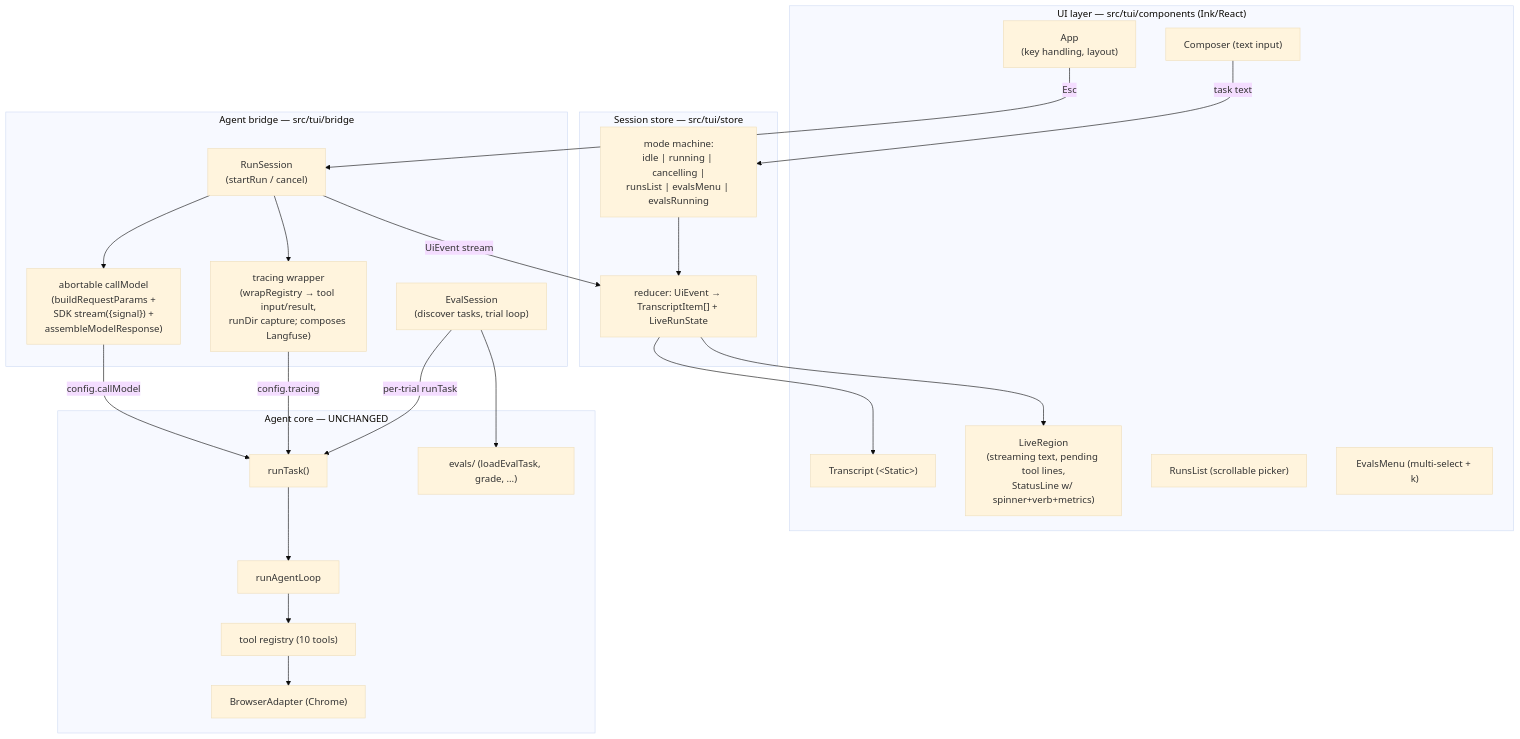
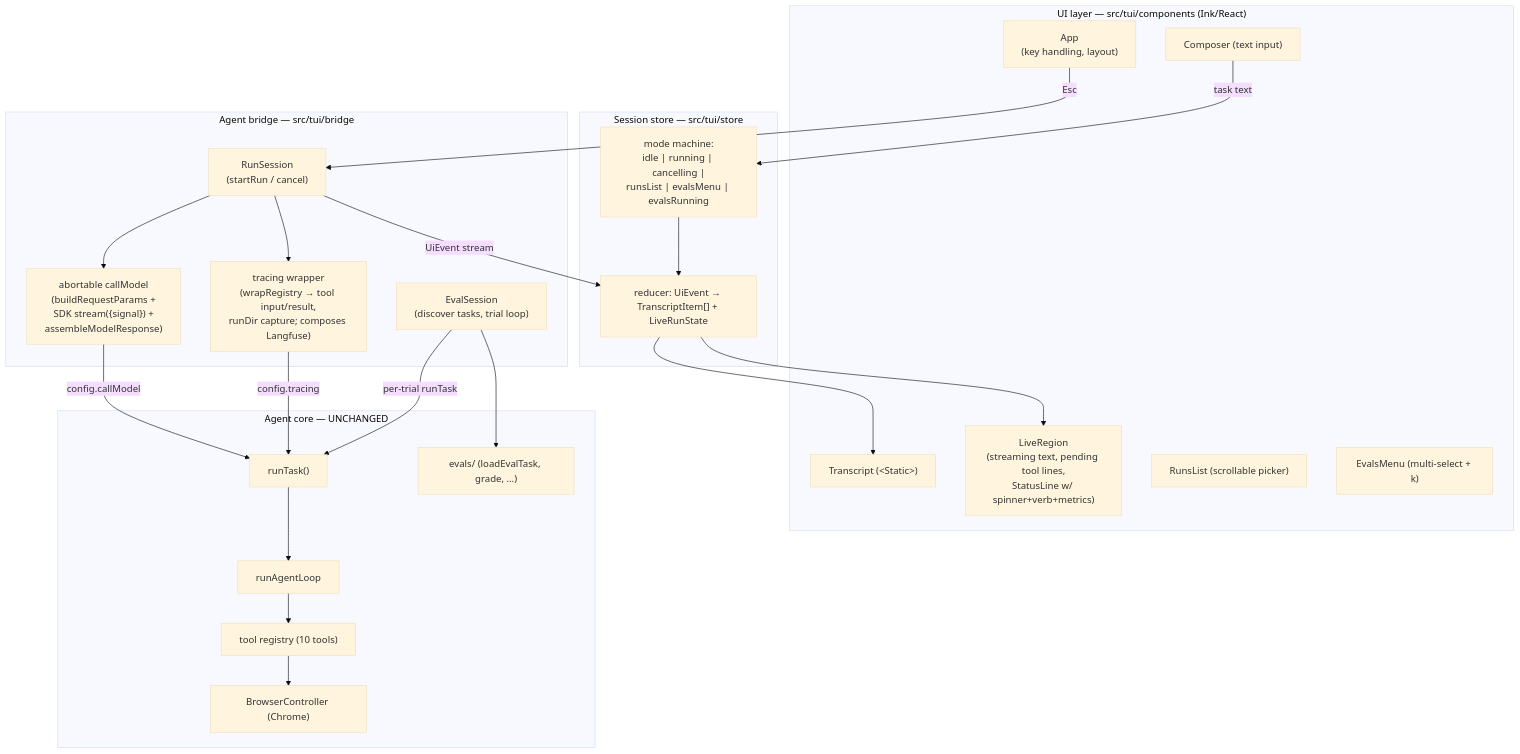
The first of 2 diagrams in .agents/planning/2026-08-11-evidence-agent-tui/design/detailed-design.md (briosolivares/evidence-collection-agent), drawn with Mermaid (base theme) before and after one commit. The commit also changed other lines of this file and 55 other files, not shown here.

````diff
--- a/.agents/planning/2026-08-11-evidence-agent-tui/design/detailed-design.md
+++ b/.agents/planning/2026-08-11-evidence-agent-tui/design/detailed-design.md
@@ -45,42 +45,42 @@
 ```mermaid
 flowchart TB
     subgraph UI["UI layer — src/tui/components (Ink/React)"]
         APP["App<br/>(key handling, layout)"]
         TR["Transcript (&lt;Static&gt;)"]
         LIVE["LiveRegion<br/>(streaming text, pending tool lines,<br/>StatusLine w/ spinner+verb+metrics)"]
         COMP["Composer (text input)"]
         RUNS["RunsList (scrollable picker)"]
         EVALS["EvalsMenu (multi-select + k)"]
     end
 
     subgraph STORE["Session store — src/tui/store"]
         SM["mode machine:<br/>idle | running | cancelling |<br/>runsList | evalsMenu | evalsRunning"]
         RED["reducer: UiEvent → TranscriptItem[] + LiveRunState"]
     end
 
     subgraph BRIDGE["Agent bridge — src/tui/bridge"]
         RS["RunSession<br/>(startRun / cancel)"]
         CM["abortable callModel<br/>(buildRequestParams +<br/>SDK stream({signal}) +<br/>assembleModelResponse)"]
         TW["tracing wrapper<br/>(wrapRegistry → tool input/result,<br/>runDir capture; composes Langfuse)"]
         EV["EvalSession<br/>(discover tasks, trial loop)"]
     end
 
     subgraph CORE["Agent core — UNCHANGED"]
         RT["runTask()"]
         LOOP["runAgentLoop"]
         TOOLS["tool registry (10 tools)"]
-        BROW["BrowserAdapter (Chrome)"]
+        BROW["BrowserController (Chrome)"]
         EVL["evals/ (loadEvalTask, grade, …)"]
     end
 
     COMP -->|task text| SM
     APP -->|Esc| RS
     SM --> RED --> TR & LIVE
     RS -->|UiEvent stream| RED
     RS --> CM & TW
     CM -->|config.callModel| RT
     TW -->|config.tracing| RT
     RT --> LOOP --> TOOLS --> BROW
     EV -->|per-trial runTask| RT
     EV --> EVL
 ```
````
